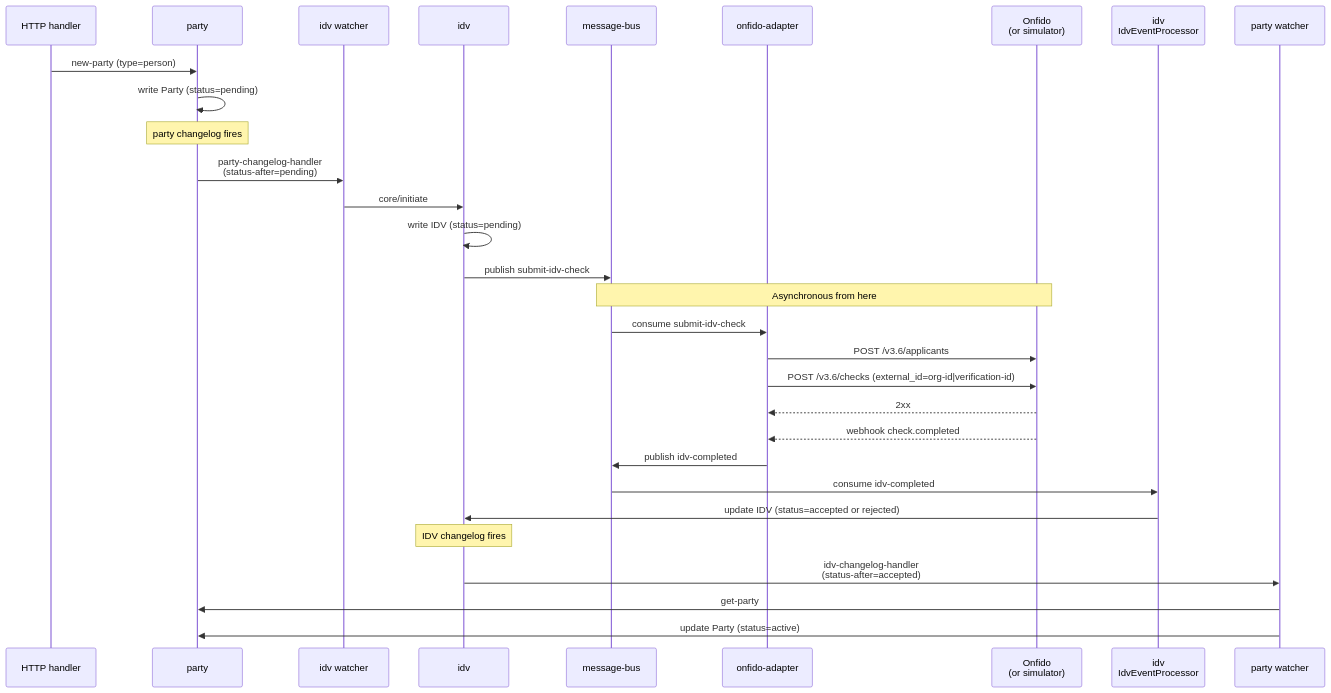
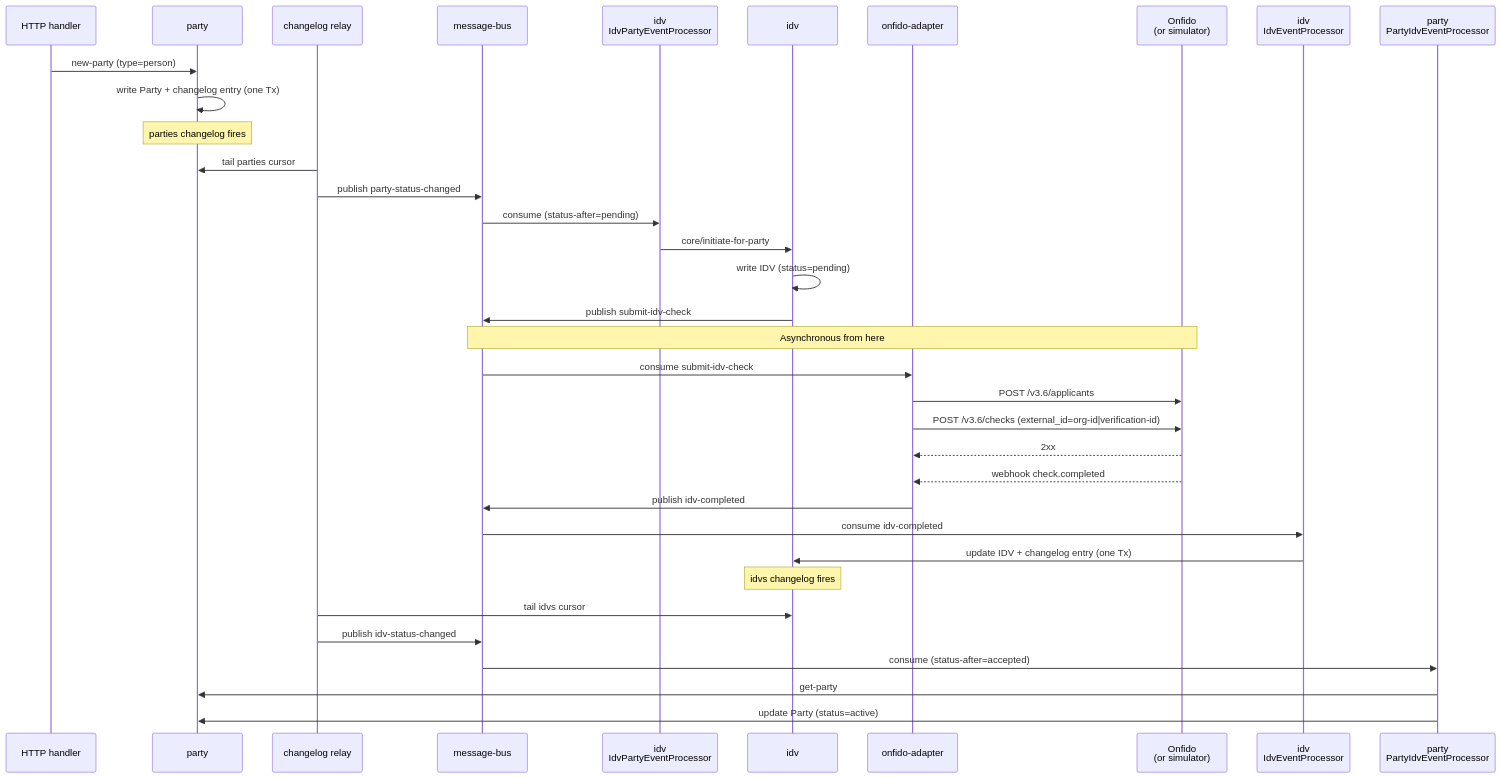
The second of 2 diagrams in docs/tdd/parties.md (kjothen/queenswood), drawn with Mermaid before and after one commit. The commit also changed other lines of this file and 20 other files, not shown here.

````diff
--- a/docs/tdd/parties.md
+++ b/docs/tdd/parties.md
@@ -247,38 +259,43 @@
 ```mermaid
 sequenceDiagram
     participant H as HTTP handler
     participant P as party
-    participant W1 as idv watcher
+    participant R as changelog relay
+    participant B as message-bus
+    participant W1 as idv<br/>IdvPartyEventProcessor
     participant I as idv
-    participant B as message-bus
     participant A as onfido-adapter
     participant O as Onfido<br/>(or simulator)
     participant E as idv<br/>IdvEventProcessor
-    participant W2 as party watcher
+    participant W2 as party<br/>PartyIdvEventProcessor
 
     H->>P: new-party (type=person)
-    P->>P: write Party (status=pending)
-    Note over P: party changelog fires
+    P->>P: write Party + changelog entry (one Tx)
+    Note over P: parties changelog fires
 
-    P->>W1: party-changelog-handler<br/>(status-after=pending)
-    W1->>I: core/initiate
+    R->>P: tail parties cursor
+    R->>B: publish party-status-changed
+    B->>W1: consume (status-after=pending)
+    W1->>I: core/initiate-for-party
     I->>I: write IDV (status=pending)
     I->>B: publish submit-idv-check
 
     Note over B,O: Asynchronous from here
 
     B->>A: consume submit-idv-check
     A->>O: POST /v3.6/applicants
     A->>O: POST /v3.6/checks (external_id=org-id|verification-id)
     O-->>A: 2xx
     O-->>A: webhook check.completed
     A->>B: publish idv-completed
 
     B->>E: consume idv-completed
-    E->>I: update IDV (status=accepted or rejected)
-    Note over I: IDV changelog fires
+    E->>I: update IDV + changelog entry (one Tx)
+    Note over I: idvs changelog fires
 
-    I->>W2: idv-changelog-handler<br/>(status-after=accepted)
+    R->>I: tail idvs cursor
+    R->>B: publish idv-status-changed
+    B->>W2: consume (status-after=accepted)
     W2->>P: get-party
     W2->>P: update Party (status=active)
 ```
````
